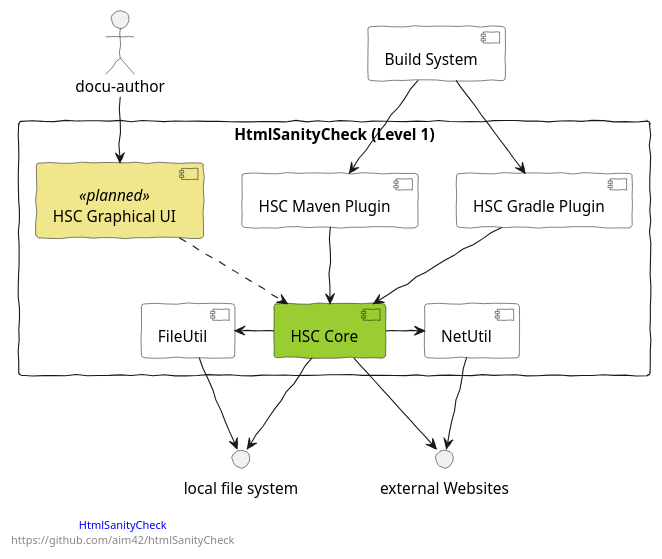
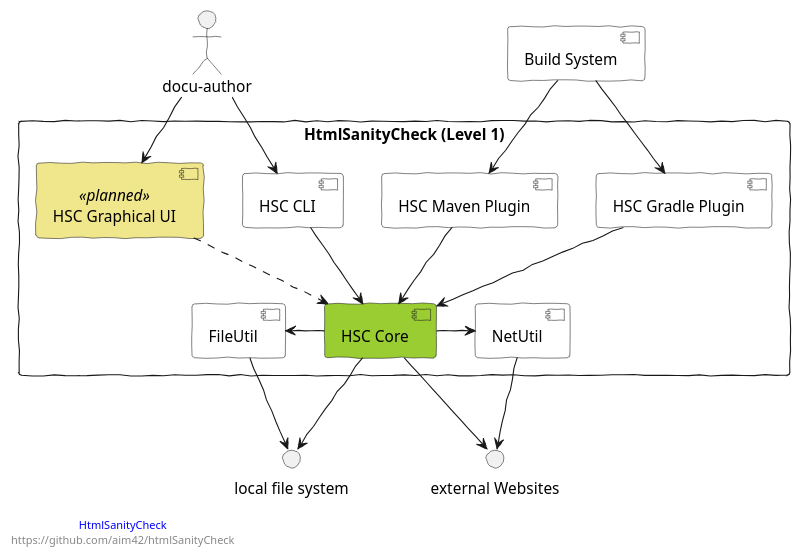
One commit to aim42/htmlSanityCheck changed the diagram in src/docs/plantuml/whitebox-hsc-level-1.puml. Above: the diagram before and after it, drawn with PlantUML. The commit also changed 12 other files, not shown here.

```diff
--- a/src/docs/plantuml/whitebox-hsc-level-1.puml
+++ b/src/docs/plantuml/whitebox-hsc-level-1.puml
@@ -1,53 +1,57 @@
 @startuml
 skinparam componentStyle uml2
 skinparam component {
    backgroundColor<<planned>> Khaki
    backgroundColor White
 }
 
 skinparam handwritten true
 
 left footer
 
 <font color=blue>HtmlSanityCheck</font>
 https://github.com/aim42/htmlSanityCheck
 endfooter
 
 interface "local file system" as files
 interface "external Websites" as web
 
 rectangle "HtmlSanityCheck (Level 1)" as HSC {
 
 [HSC Core] as core #YellowGreen
 [HSC Gradle Plugin] -down-> core
 
 
 [HSC Graphical UI] <<planned>> as ui
 [HSC Maven Plugin] as mavenplugin
+[HSC CLI] as cli
 
 [FileUtil] as futil
 [NetUtil] as netutil
 
 mavenplugin -down-> core
 ui .down-> core
+cli -down-> core
 
 core -> futil
 core -> netutil
 
 futil -down-> files
 netutil -down-> web
 
 }
 :docu-author: -down-> ui
+:docu-author: -down-> cli
 
 [Build System] as bs
 
 
 bs -down-> [HSC Gradle Plugin]
 bs -down-> mavenplugin
 
+
 core -down-> files
 core -down-> web
 
 
 @enduml
```
